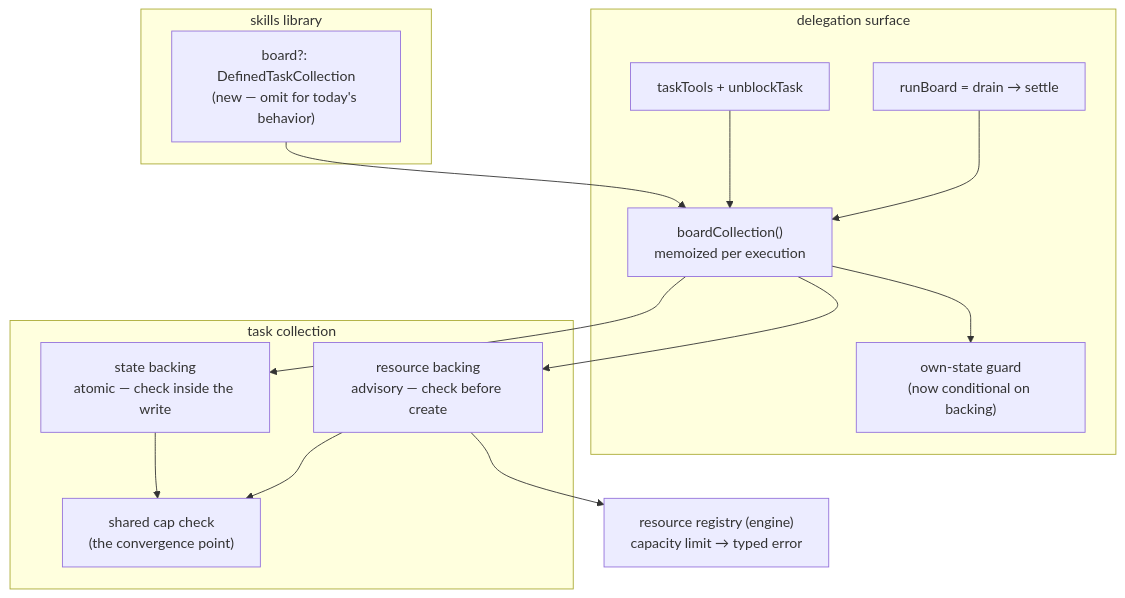
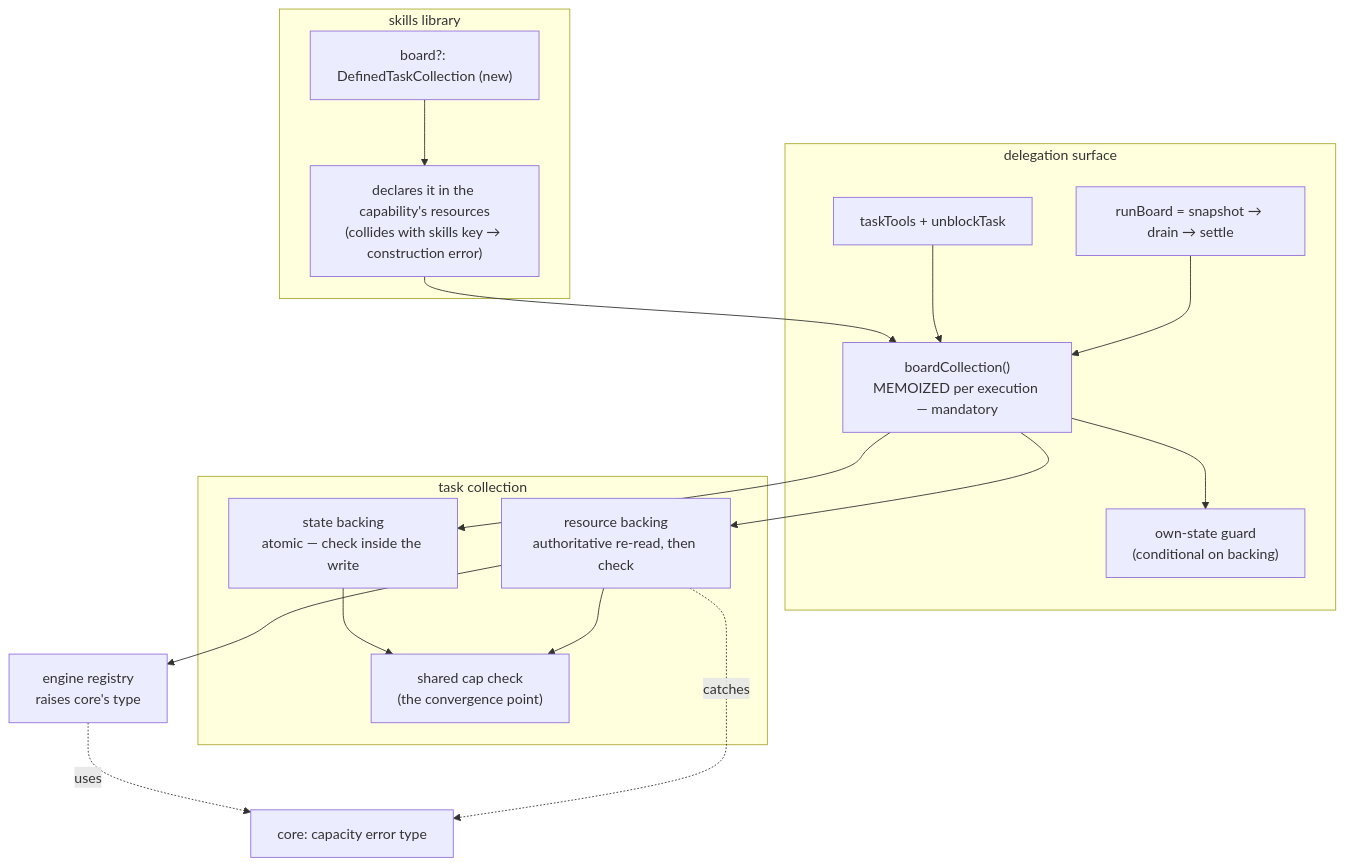
The diagram in docs/specs/FIX-957.md (fixpoint-labs/flow-state-dev), drawn with Mermaid before and after one commit. The commit also changed other lines of this file, not shown here.

First line of the commit message:
spec(FIX-957): rework settle rule, cap re-read, error layering after review

````diff
--- a/docs/specs/FIX-957.md
+++ b/docs/specs/FIX-957.md
@@ -172,31 +179,35 @@
 ```mermaid
 flowchart TB
   subgraph lib["skills library"]
-    OPT["board?: DefinedTaskCollection<br/>(new — omit for today's behavior)"]
+    OPT["board?: DefinedTaskCollection (new)"]
+    RES["declares it in the capability's resources<br/>(collides with skills key → construction error)"]
   end
 
   subgraph surf["delegation surface"]
-    BC["boardCollection()<br/>memoized per execution"]
-    GUARD["own-state guard<br/>(now conditional on backing)"]
+    BC["boardCollection()<br/>MEMOIZED per execution — mandatory"]
+    GUARD["own-state guard<br/>(conditional on backing)"]
     TOOLS["taskTools + unblockTask"]
-    DRAIN["runBoard = drain → settle"]
+    RB["runBoard = snapshot → drain → settle"]
   end
 
   subgraph coll["task collection"]
     CAPS["shared cap check<br/>(the convergence point)"]
     STATE["state backing<br/>atomic — check inside the write"]
-    RES["resource backing<br/>advisory — check before create"]
+    RESB["resource backing<br/>authoritative re-read, then check"]
   end
 
-  REG["resource registry (engine)<br/>capacity limit → typed error"]
+  CORE["core: capacity error type"]
+  REG["engine registry<br/>raises core's type"]
 
-  OPT --> BC
+  OPT --> RES --> BC
   BC --> GUARD
   BC --> STATE
-  BC --> RES
+  BC --> RESB
   TOOLS --> BC
-  DRAIN --> BC
+  RB --> BC
   STATE --> CAPS
-  RES --> CAPS
-  RES --> REG
+  RESB --> CAPS
+  RESB --> REG
+  REG -.uses.-> CORE
+  RESB -.catches.-> CORE
 ```
````
